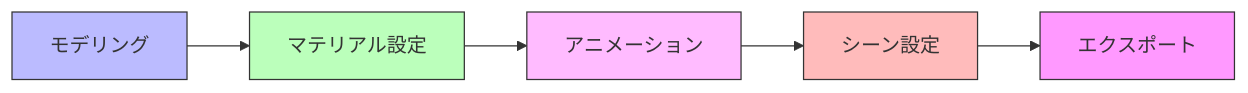
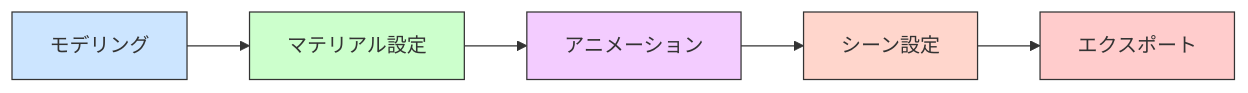
Before and after one commit to ukonpower/OREngine: the second of 2 diagrams in docs/integration/blender.md, drawn with Mermaid. The commit also changed other lines of this file and 5 other files, not shown here.

Commit message:
docs: tweak colors in diagrams

````diff
--- a/docs/integration/blender.md
+++ b/docs/integration/blender.md
@@ -114,13 +114,13 @@
 ```mermaid
 graph LR
     A[モデリング] --> B[マテリアル設定]
     B --> C[アニメーション]
     C --> D[シーン設定]
     D --> E[エクスポート]
 
-    style A fill:#bbf,stroke:#333
-    style B fill:#bfb,stroke:#333
-    style C fill:#fbf,stroke:#333
-    style D fill:#fbb,stroke:#333
-    style E fill:#f9f,stroke:#333
+    style A fill:#cce5ff,stroke:#333
+    style B fill:#ccffcc,stroke:#333
+    style C fill:#f3ccff,stroke:#333
+    style D fill:#ffd6cc,stroke:#333
+    style E fill:#ffcccc,stroke:#333
 ```
````
